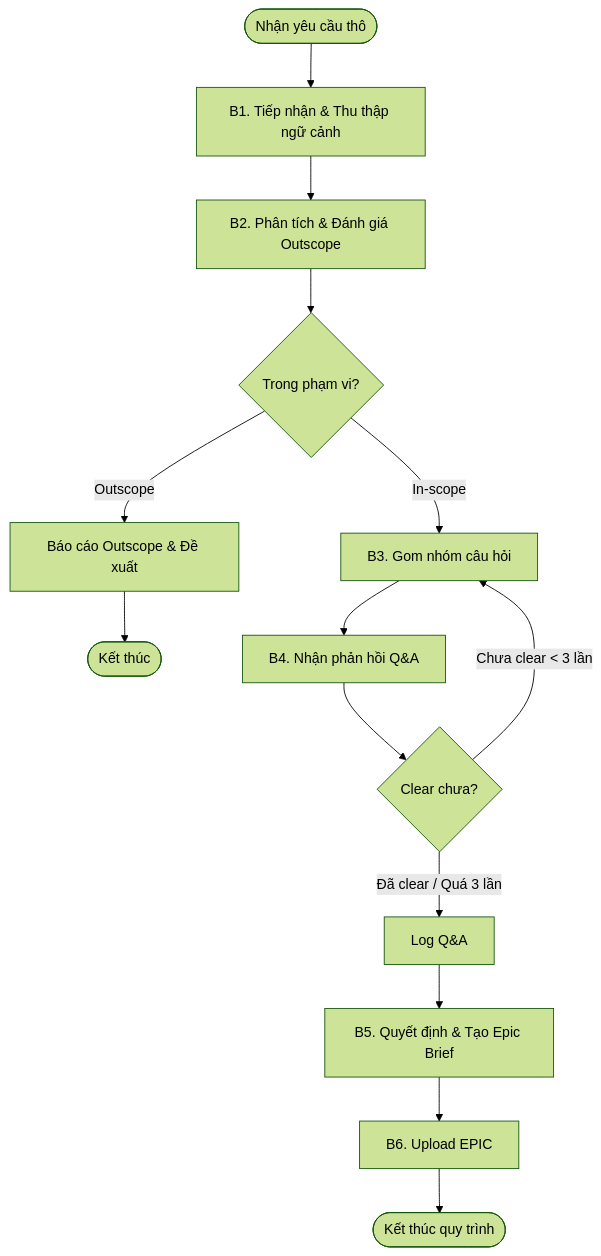
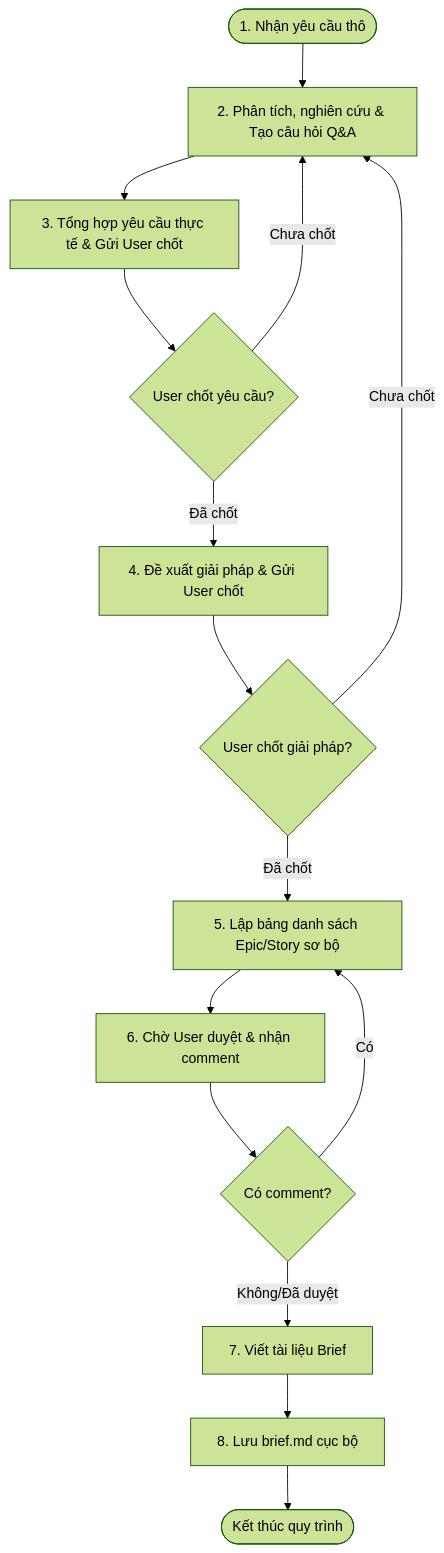
The diagram in lina-senior-ba/.agents/workflows/epic-creation.md (phongdh04/docs-for-codex-hackerthon-), drawn with Mermaid (forest theme) before and after one commit. The commit also changed other lines of this file and 21 other files, not shown here.

````diff
--- a/lina-senior-ba/.agents/workflows/epic-creation.md
+++ b/lina-senior-ba/.agents/workflows/epic-creation.md
@@ -12,16 +12,21 @@
 ```mermaid
 flowchart TD
-  Start([Nhận yêu cầu thô]) --> B1[B1. Tiếp nhận & Thu thập ngữ cảnh]
-  B1 --> B2[B2. Phân tích & Đánh giá Outscope]
-  B2 --> CheckScope{Trong phạm vi?}
-  CheckScope -->|Outscope| ReportOutscope[Báo cáo Outscope & Đề xuất]
-  ReportOutscope --> EndOutscope([Kết thúc])
-  CheckScope -->|In-scope| B3[B3. Gom nhóm câu hỏi]
-  B3 --> B4[B4. Nhận phản hồi Q&A]
-  B4 --> CheckClear{Clear chưa?}
-  CheckClear -->|Chưa clear < 3 lần| B3
-  CheckClear -->|Đã clear / Quá 3 lần| LogQA[Log Q&A]
-  LogQA --> B5[B5. Quyết định & Tạo Epic Brief]
-  B5 --> B6[B6. Upload EPIC]
-  B6 --> End([Kết thúc quy trình])
+  Start([1. Nhận yêu cầu thô]) --> B2[2. Phân tích, nghiên cứu & Tạo câu hỏi Q&A]
+  B2 --> B3[3. Tổng hợp yêu cầu thực tế & Gửi User chốt]
+  B3 --> CheckReq{User chốt yêu cầu?}
+  CheckReq -->|Chưa chốt| B2
+  
+  CheckReq -->|Đã chốt| B4[4. Đề xuất giải pháp & Gửi User chốt]
+  B4 --> CheckSol{User chốt giải pháp?}
+  CheckSol -->|Chưa chốt| B2
+  
+  CheckSol -->|Đã chốt| B5[5. Lập bảng danh sách Epic/Story sơ bộ]
+  B5 --> B6[6. Chờ User duyệt & nhận comment]
+  CheckComment{Có comment?}
+  B6 --> CheckComment
+  CheckComment -->|Có| B5
+  
+  CheckComment -->|Không/Đã duyệt| B7[7. Viết tài liệu Brief]
+  B7 --> B8[8. Lưu brief.md cục bộ]
+  B8 --> End([Kết thúc quy trình])
 ```
````
